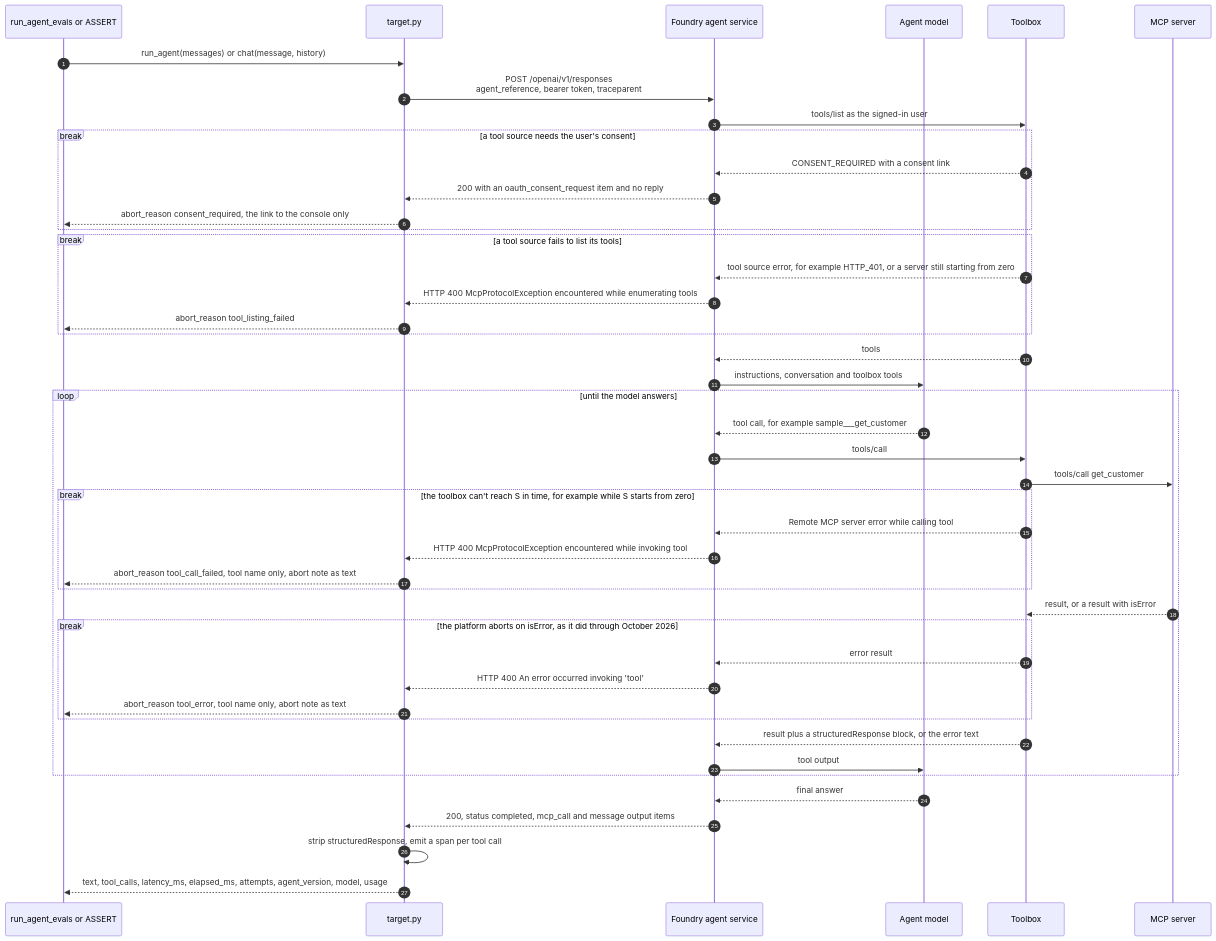
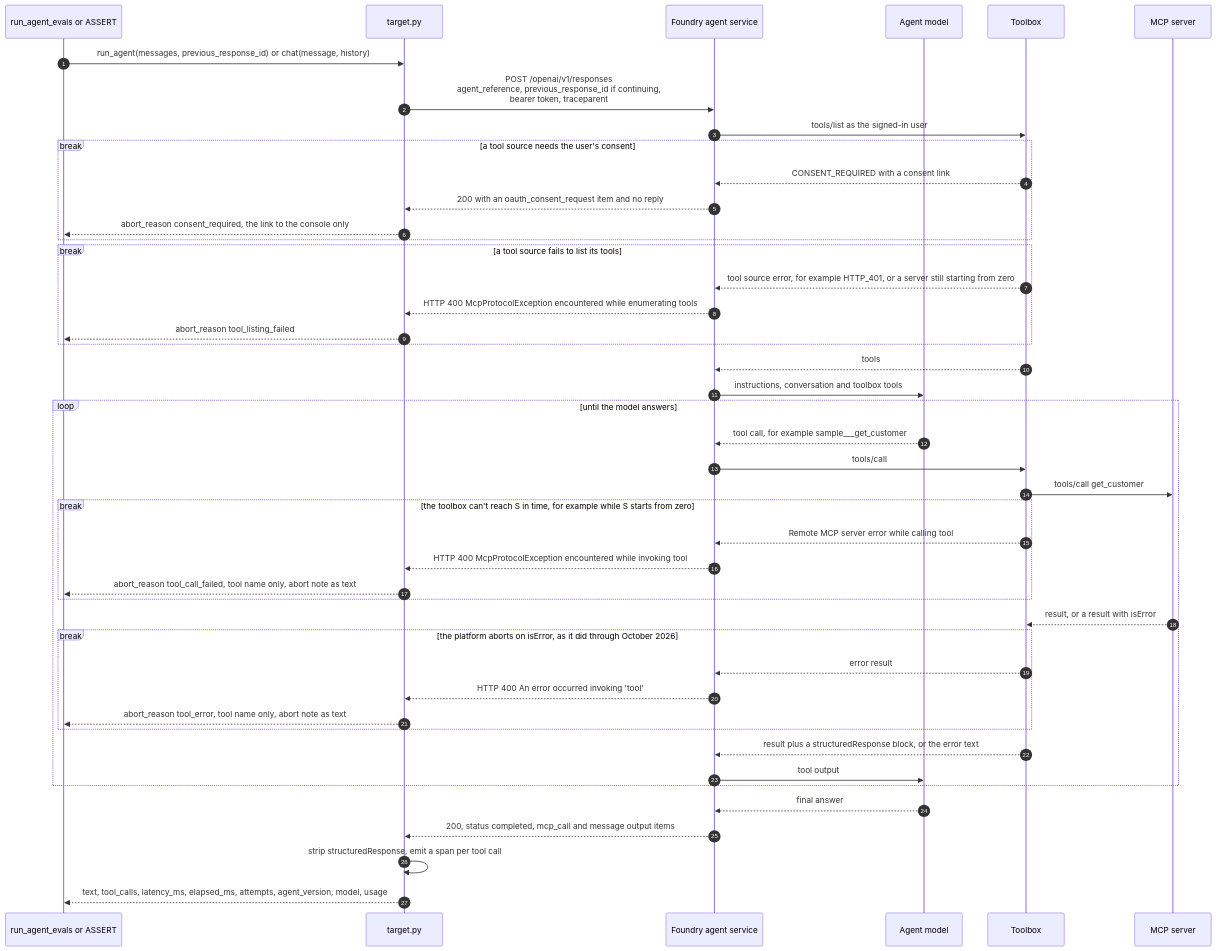
The ninth of 17 diagrams in docs/architecture.md (bradrlaw/foundryToolboxEval), drawn with Mermaid before and after one commit. The commit also changed other lines of this file and 15 other files, not shown here.

````diff
--- a/docs/architecture.md
+++ b/docs/architecture.md
@@ -455,47 +460,47 @@
 ```mermaid
 sequenceDiagram
     autonumber
     participant R as run_agent_evals or ASSERT
     participant T as target.py
     participant F as Foundry agent service
     participant M as Agent model
     participant TB as Toolbox
     participant S as MCP server
-    R->>T: run_agent(messages) or chat(message, history)
-    T->>F: POST /openai/v1/responses<br/>agent_reference, bearer token, traceparent
+    R->>T: run_agent(messages, previous_response_id) or chat(message, history)
+    T->>F: POST /openai/v1/responses<br/>agent_reference, previous_response_id if continuing,<br/>bearer token, traceparent
     F->>TB: tools/list as the signed-in user
     break a tool source needs the user's consent
         TB-->>F: CONSENT_REQUIRED with a consent link
         F-->>T: 200 with an oauth_consent_request item and no reply
         T-->>R: abort_reason consent_required, the link to the console only
     end
     break a tool source fails to list its tools
         TB-->>F: tool source error, for example HTTP_401, or a server still starting from zero
         F-->>T: HTTP 400 McpProtocolException encountered while enumerating tools
         T-->>R: abort_reason tool_listing_failed
     end
     TB-->>F: tools
     F->>M: instructions, conversation and toolbox tools
     loop until the model answers
         M-->>F: tool call, for example sample___get_customer
         F->>TB: tools/call
         TB->>S: tools/call get_customer
         break the toolbox can't reach S in time, for example while S starts from zero
             TB-->>F: Remote MCP server error while calling tool
             F-->>T: HTTP 400 McpProtocolException encountered while invoking tool
             T-->>R: abort_reason tool_call_failed, tool name only, abort note as text
         end
         S-->>TB: result, or a result with isError
         break the platform aborts on isError, as it did through October 2026
             TB-->>F: error result
             F-->>T: HTTP 400 An error occurred invoking 'tool'
             T-->>R: abort_reason tool_error, tool name only, abort note as text
         end
         TB-->>F: result plus a structuredResponse block, or the error text
         F->>M: tool output
     end
     M-->>F: final answer
     F-->>T: 200, status completed, mcp_call and message output items
     T->>T: strip structuredResponse, emit a span per tool call
     T-->>R: text, tool_calls, latency_ms, elapsed_ms, attempts, agent_version, model, usage
 ```
````
